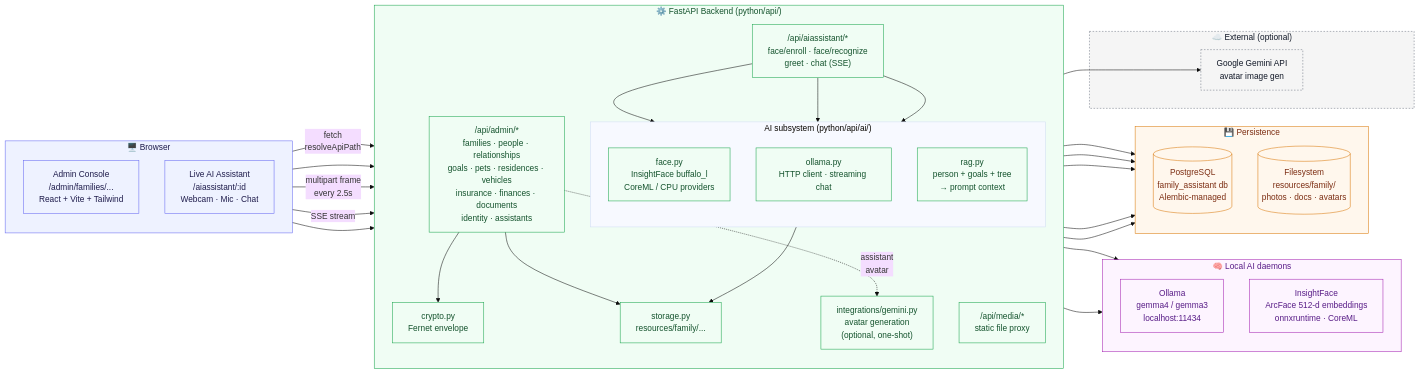
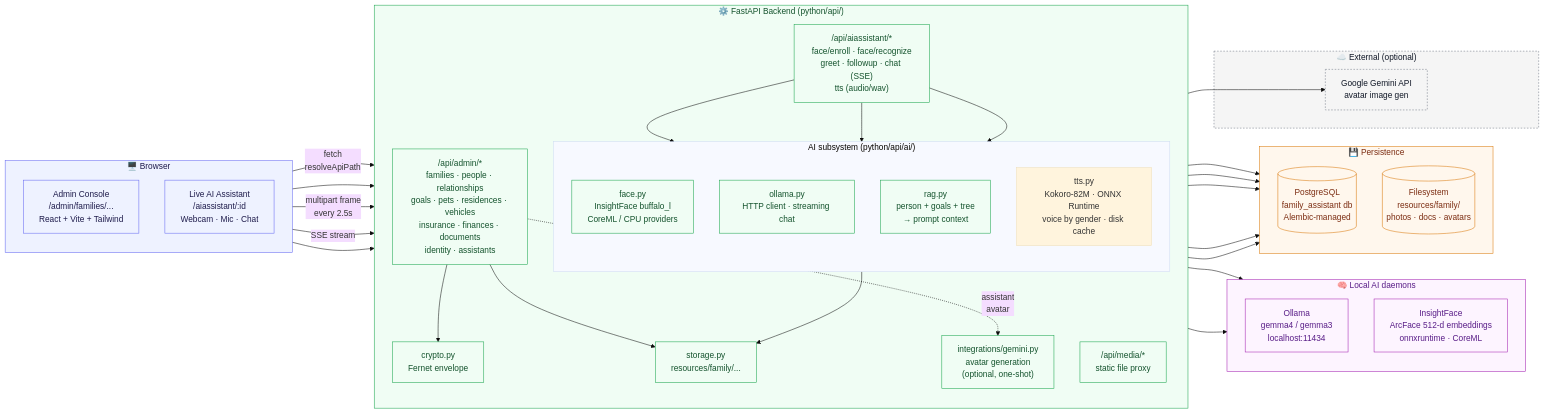
Before and after one commit to bjm88/family-assistant: the first of 2 diagrams in README.md, drawn with Mermaid (base theme). The commit also changed other lines of this file and 11 other files, not shown here.

Commit message:
AI does a greeting real time now and TTS added for audio

````diff
--- a/README.md
+++ b/README.md
@@ -40,76 +44,77 @@
 ```mermaid
 flowchart LR
     subgraph Browser["🖥️  Browser"]
         direction TB
         AdminUI["Admin Console<br/>/admin/families/...<br/>React + Vite + Tailwind"]
         LiveUI["Live AI Assistant<br/>/aiassistant/:id<br/>Webcam · Mic · Chat"]
     end
 
     subgraph API["⚙️  FastAPI Backend  (python/api/)"]
         direction TB
         AdminRouters["/api/admin/*<br/>families · people · relationships<br/>goals · pets · residences · vehicles<br/>insurance · finances · documents<br/>identity · assistants"]
         MediaRouter["/api/media/*<br/>static file proxy"]
-        AIRouters["/api/aiassistant/*<br/>face/enroll · face/recognize<br/>greet · chat (SSE)"]
+        AIRouters["/api/aiassistant/*<br/>face/enroll · face/recognize<br/>greet · followup · chat (SSE)<br/>tts (audio/wav)"]
 
         subgraph AIModules["AI subsystem (python/api/ai/)"]
             direction TB
             FaceSvc["face.py<br/>InsightFace buffalo_l<br/>CoreML / CPU providers"]
             OllamaSvc["ollama.py<br/>HTTP client · streaming chat"]
             RAG["rag.py<br/>person + goals + tree<br/>→ prompt context"]
+            TTSSvc["tts.py<br/>Kokoro-82M · ONNX Runtime<br/>voice by gender · disk cache"]
         end
 
         Crypto["crypto.py<br/>Fernet envelope"]
         Storage["storage.py<br/>resources/family/..."]
         Gemini["integrations/gemini.py<br/>avatar generation<br/>(optional, one-shot)"]
     end
 
     subgraph LocalAI["🧠  Local AI daemons"]
         direction TB
         Ollama["Ollama<br/>gemma4 / gemma3<br/>localhost:11434"]
         Insight["InsightFace<br/>ArcFace 512-d embeddings<br/>onnxruntime · CoreML"]
     end
 
     subgraph Data["💾  Persistence"]
         direction TB
         PG[("PostgreSQL<br/>family_assistant db<br/>Alembic-managed")]
         FS[("Filesystem<br/>resources/family/<br/>photos · docs · avatars")]
     end
 
     subgraph External["☁️  External (optional)"]
         GeminiAPI["Google Gemini API<br/>avatar image gen"]
     end
 
     AdminUI -->|fetch<br/>resolveApiPath| AdminRouters
     AdminUI --> MediaRouter
     LiveUI -->|multipart frame<br/>every 2.5s| AIRouters
     LiveUI -->|SSE stream| AIRouters
     LiveUI --> MediaRouter
 
     AdminRouters --> PG
     AdminRouters --> Crypto
     AdminRouters --> Storage
     AdminRouters -.->|assistant<br/>avatar| Gemini
     AIRouters --> FaceSvc
     AIRouters --> OllamaSvc
     AIRouters --> RAG
     RAG --> PG
 
     FaceSvc --> Insight
     FaceSvc --> PG
     FaceSvc --> Storage
     OllamaSvc --> Ollama
     Storage --> FS
     MediaRouter --> FS
     Gemini --> GeminiAPI
 
     classDef browser fill:#eef2ff,stroke:#6366f1,color:#1e1b4b
     classDef api fill:#f0fdf4,stroke:#16a34a,color:#14532d
     classDef localai fill:#fdf4ff,stroke:#a21caf,color:#581c87
     classDef data fill:#fff7ed,stroke:#d97706,color:#7c2d12
     classDef ext fill:#f5f5f5,stroke:#6b7280,color:#111827,stroke-dasharray: 3 3
     class Browser,AdminUI,LiveUI browser
     class API,AdminRouters,MediaRouter,AIRouters,FaceSvc,OllamaSvc,RAG,Crypto,Storage,Gemini api
     class LocalAI,Ollama,Insight localai
     class Data,PG,FS data
     class External,GeminiAPI ext
 ```
````
